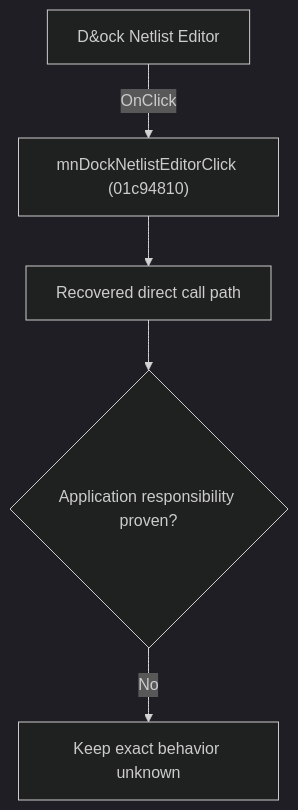
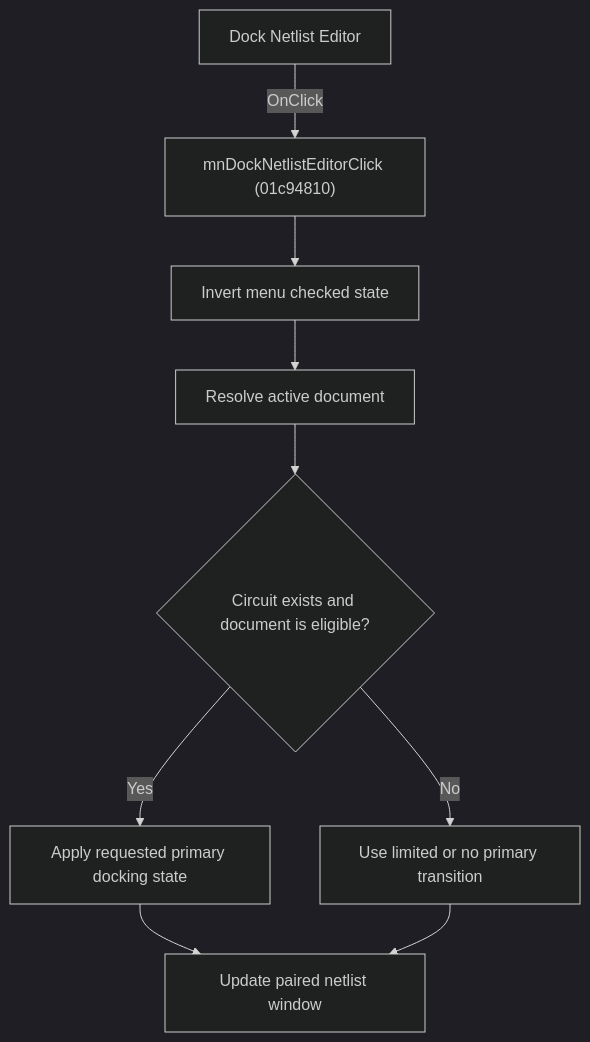
Before and after one commit to MovGP0/TIARA: the diagram in docs/ui-controls/schematiceditor/mndocknetlisteditor-677d547aac.md, drawn with Mermaid (dark theme). The commit also changed other lines of this file and 241 other files, not shown here.

````diff
--- a/docs/ui-controls/schematiceditor/mndocknetlisteditor-677d547aac.md
+++ b/docs/ui-controls/schematiceditor/mndocknetlisteditor-677d547aac.md
@@ -27,7 +29,11 @@
 ```mermaid
 flowchart TD
-    control["D&ock Netlist Editor"] -->|"OnClick"| handler["mnDockNetlistEditorClick (01c94810)"]
-    handler --> recovered["Recovered direct call path"]
-    recovered --> gap{"Application responsibility proven?"}
-    gap -->|"No"| blocked["Keep exact behavior unknown"]
+    control["Dock Netlist Editor"] -->|OnClick| handler["mnDockNetlistEditorClick (01c94810)"]
+    handler --> toggle["Invert menu checked state"]
+    toggle --> active["Resolve active document"]
+    active --> eligible{"Circuit exists and document is eligible?"}
+    eligible -->|Yes| primary["Apply requested primary docking state"]
+    eligible -->|No| limited["Use limited or no primary transition"]
+    primary --> paired["Update paired netlist window"]
+    limited --> paired
 ```
````
